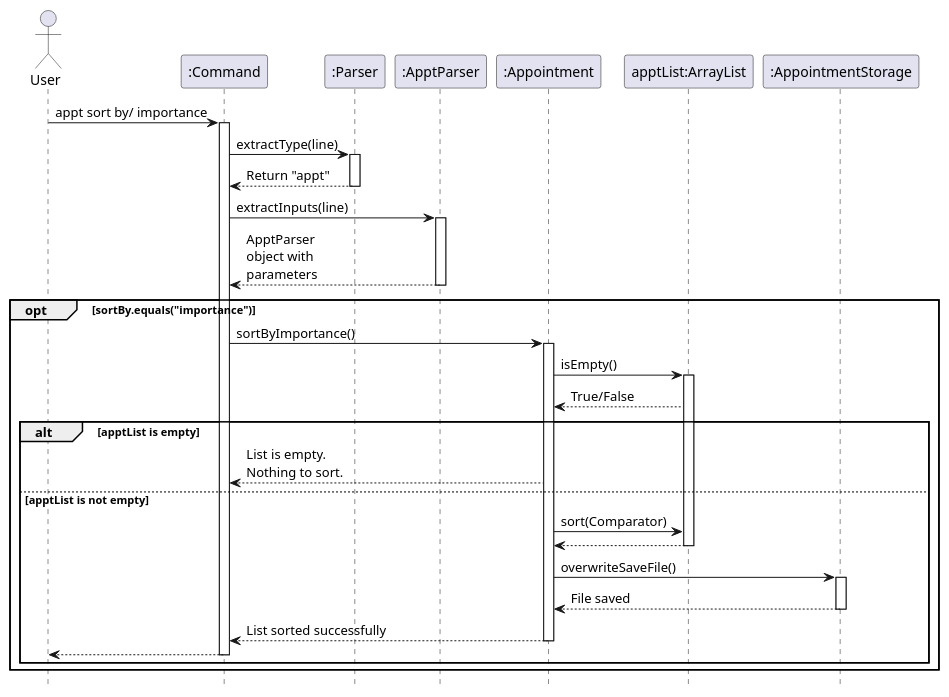
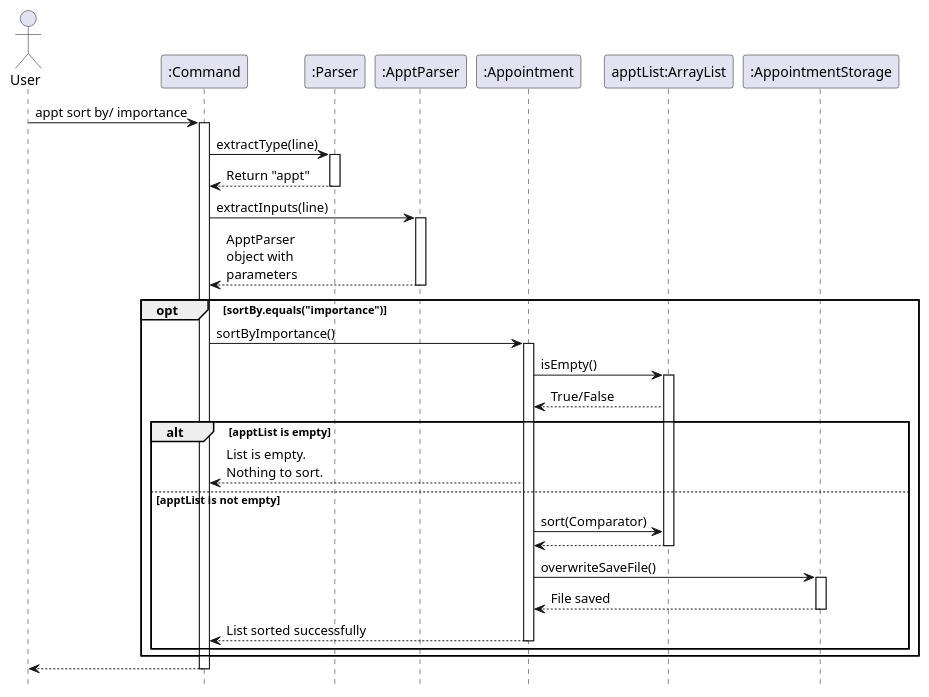
One commit to AY2425S2-CS2113-T11b-3/tp changed the diagram in docs/diagrams/apptSequenceDiagrams/SortApptSequenceDiagram.puml. Above: the diagram before and after it, drawn with PlantUML. The commit also changed 2 other files, not shown here.

Commit message:
Fix appt sort sequence diagram

```diff
--- a/docs/diagrams/apptSequenceDiagrams/SortApptSequenceDiagram.puml
+++ b/docs/diagrams/apptSequenceDiagrams/SortApptSequenceDiagram.puml
@@ -1,66 +1,63 @@
 @startuml
 
 hide footbox
 actor User
 participant ":Command" as Command
 participant ":Parser" as Parser
 participant ":ApptParser" as ApptParser
 participant ":Appointment" as Appt
 participant "apptList:ArrayList" as ApptList
 participant ":AppointmentStorage" as ApptStorage
 
 User -> Command : appt sort by/ importance
 activate Command
 
 Command -> Parser : extractType(line)
 activate Parser
 
 Parser --> Command : Return "appt"
 deactivate Parser
 
 Command -> ApptParser : extractInputs(line)
 activate ApptParser
 ApptParser --> Command : ApptParser \nobject with \nparameters
 deactivate ApptParser
 
 opt sortBy.equals("importance")
     Command-> Appt : sortByImportance()
     activate Appt
 
     Appt -> ApptList : isEmpty()
     activate ApptList
 
     ApptList --> Appt : True/False
 
 
     alt apptList is empty
         Appt --> Command : List is empty. \nNothing to sort.
     else apptList is not empty
         Appt -> ApptList : sort(Comparator)
         ApptList --> Appt
         deactivate ApptList
 
 
 
     Appt -> ApptStorage : overwriteSaveFile()
     activate ApptStorage
 
     ApptStorage --> Appt : File saved
     deactivate ApptStorage
 
 
 
     Appt --> Command : List sorted successfully
     deactivate Appt
-    Command --> User
-    deactivate Command
+
     end
 
 
 end
-
-
-
-
+Command --> User
+    deactivate Command
 
 @enduml
```
